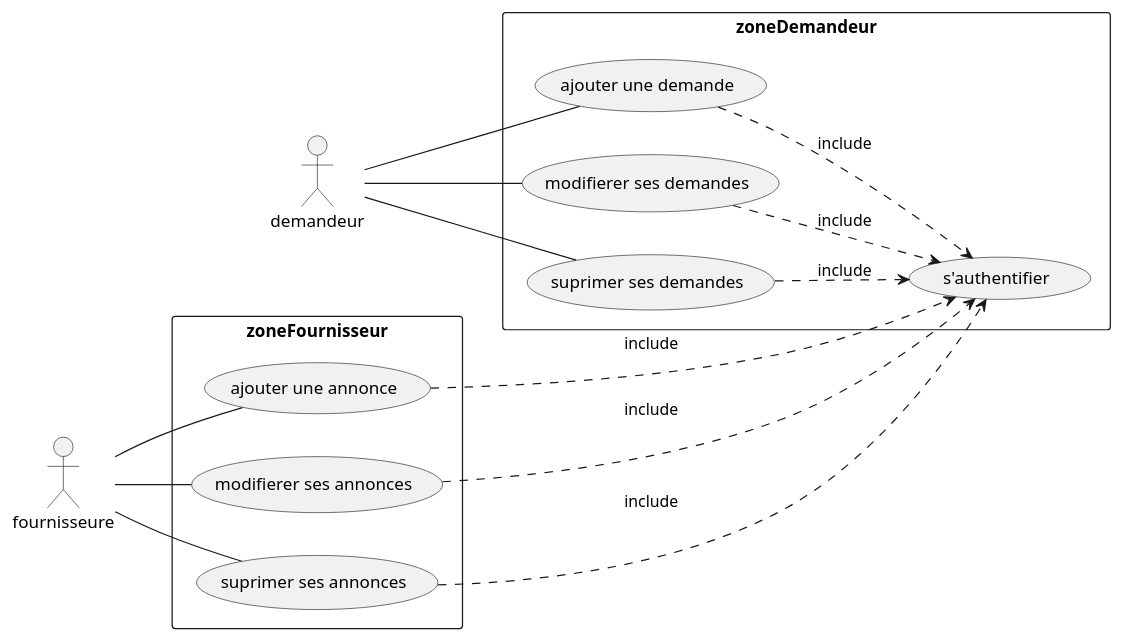
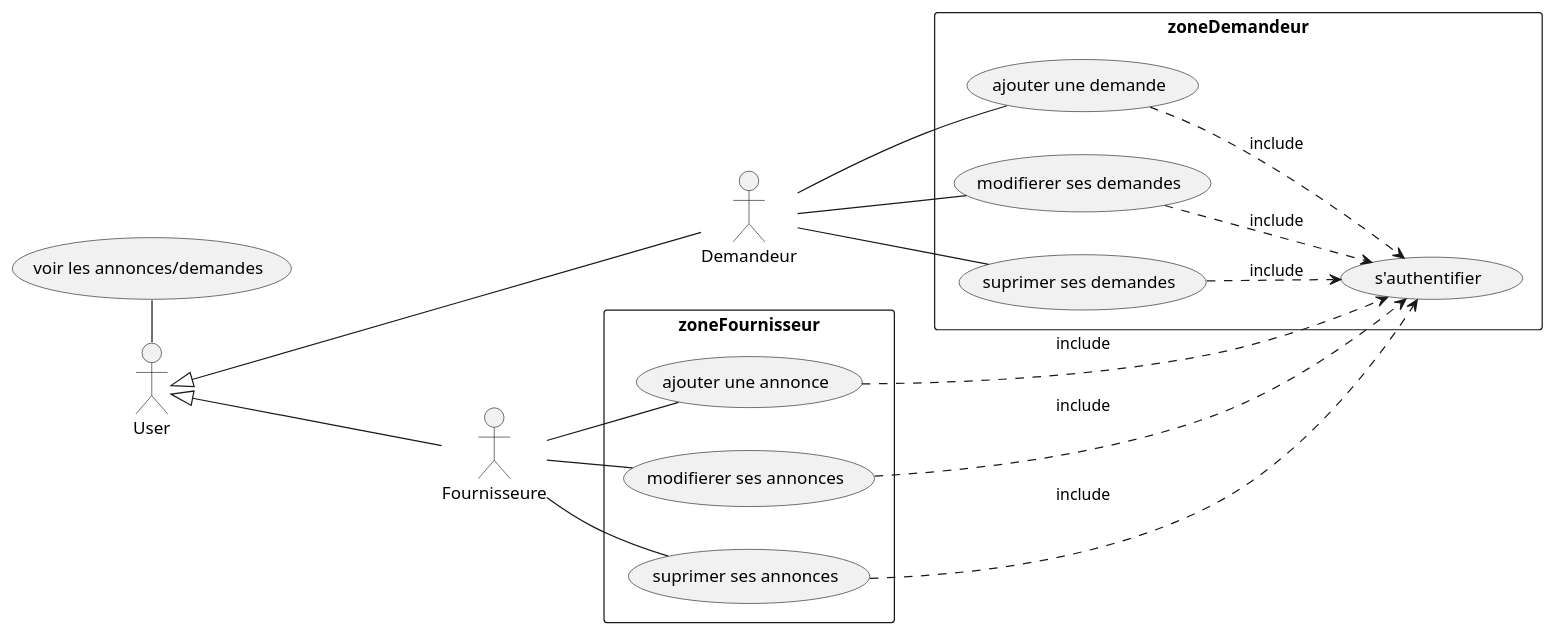
One commit to HoussamEddineLamzoudi/Deal changed the diagram in UML/useCase.pu. Above: the diagram before and after it, drawn with PlantUML.

Commit message:
useCase update

```diff
--- a/UML/useCase.pu
+++ b/UML/useCase.pu
@@ -1,35 +1,42 @@
 @startuml useCase
 left to right direction
 
-actor "demandeur" as fc1
-actor "fournisseure" as fc2
+actor "User" as fc0
+actor "Demandeur" as fc1
+actor "Fournisseure" as fc2
+
+fc0 <|--- fc1
+fc0 <|--- fc2
+
+usecase "voir les annonces/demandes" as UC1
+fc0 -left- UC1
 
 rectangle zoneDemandeur {
     usecase "ajouter une demande" as DUC1
     usecase "modifierer ses demandes" as DUC2
     usecase "suprimer ses demandes" as DUC3
 
     (DUC1) ..> (s'authentifier) : include
     (DUC2) ..> (s'authentifier) : include
     (DUC3) ..> (s'authentifier) : include
 }
 
 rectangle zoneFournisseur {
     usecase "ajouter une annonce" as FUC1
     usecase "modifierer ses annonces" as FUC2
     usecase "suprimer ses annonces" as FUC3
 
     (FUC1) ...> (s'authentifier) : include
     (FUC2) ..> (s'authentifier) : include
     (FUC3) ..> (s'authentifier) : include
 }
 
 fc1 -- DUC1
 fc1 -- DUC2
 fc1 -- DUC3
 
 fc2 -- FUC1
 fc2 -- FUC2
 fc2 -- FUC3
 
 @enduml
```
